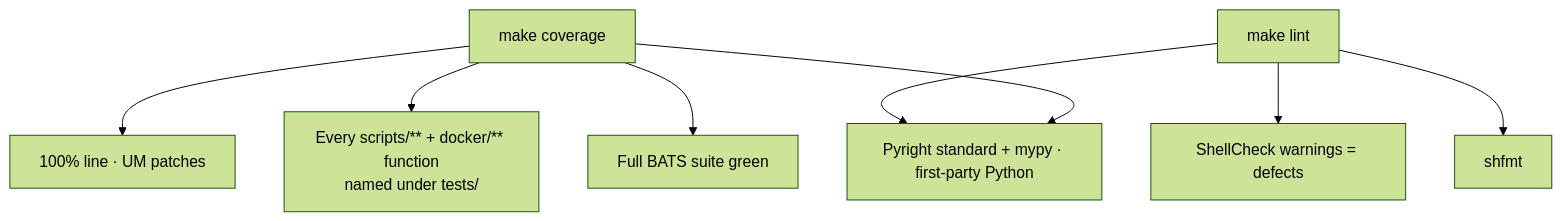
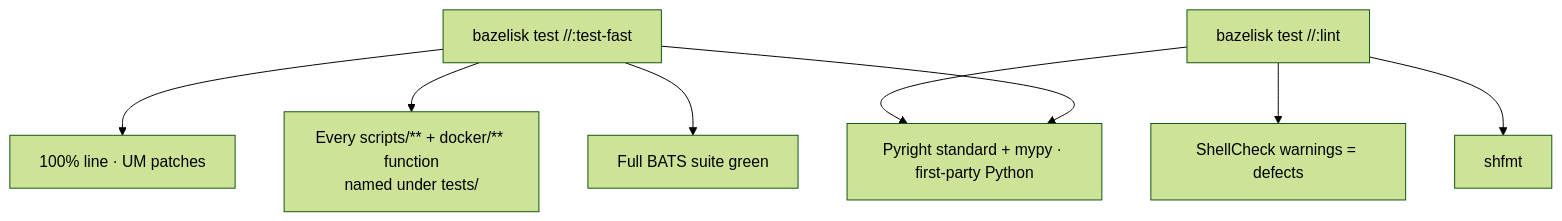
The fifth of 6 diagrams in docs/project-conventions.md (toxicoder/ez-comfy-stack), drawn with Mermaid (forest theme) before and after one commit. The commit also changed other lines of this file and 64 other files, not shown here.

First line of the commit message:
feat: adopt bazel-first test, lint, and docs entry points

````diff
--- a/docs/project-conventions.md
+++ b/docs/project-conventions.md
@@ -239,10 +262,10 @@
 ```mermaid
 flowchart TB
-  Cov["make coverage"] --> Py["100% line · UM patches"]
+  Cov["bazelisk test //:test-fast"] --> Py["100% line · UM patches"]
   Cov --> Pyright["Pyright standard + mypy · first-party Python"]
   Cov --> Shell["Every scripts/** + docker/** function<br/>named under tests/"]
   Cov --> Bats["Full BATS suite green"]
-  Lint["make lint"] --> SC["ShellCheck warnings = defects"]
+  Lint["bazelisk test //:lint"] --> SC["ShellCheck warnings = defects"]
   Lint --> Fmt["shfmt"]
   Lint --> Pyright
 ```
````
